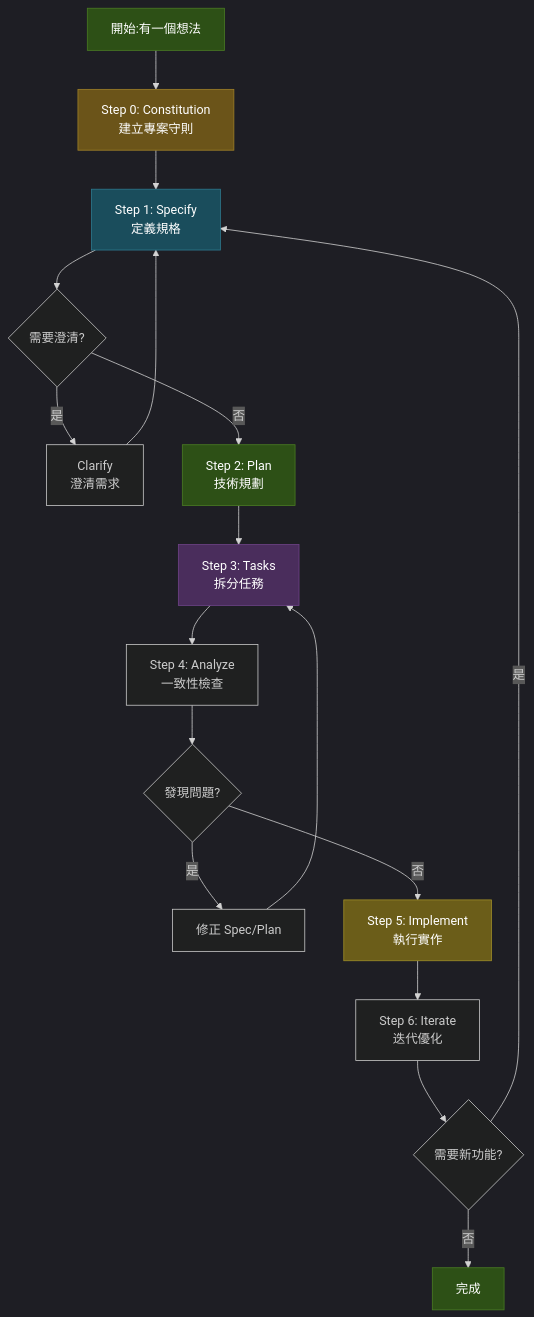
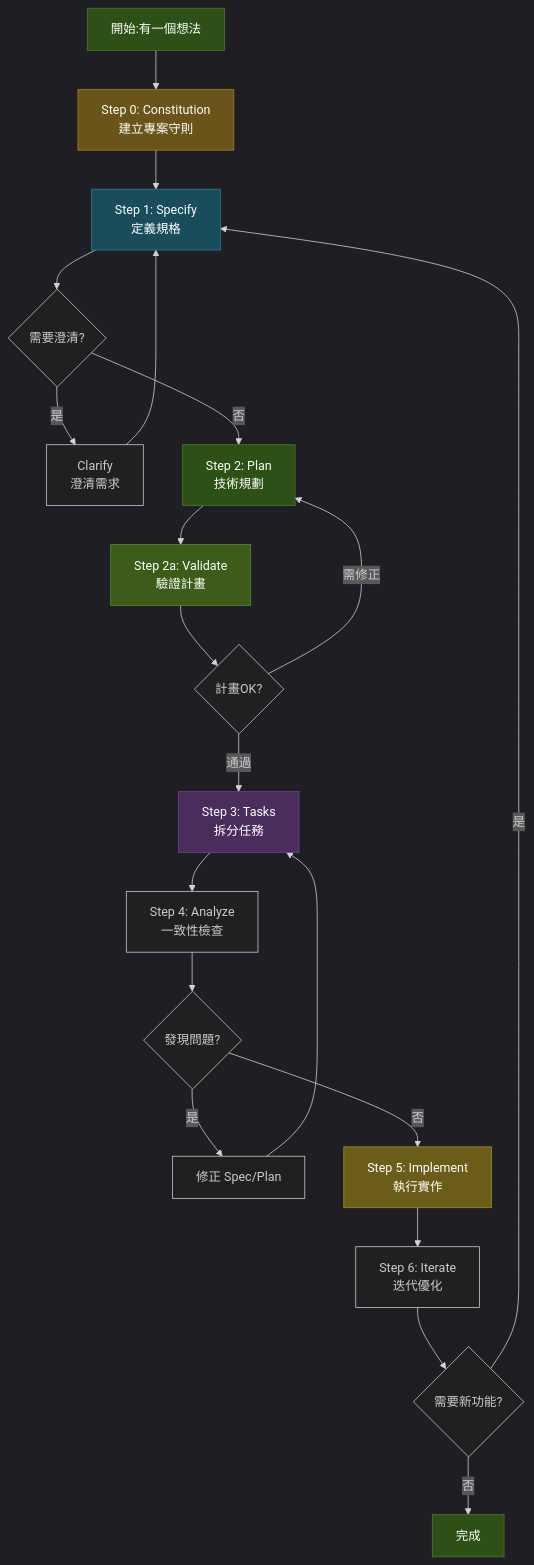
The fifth of 8 diagrams in content/posts/教學/AI開發/spec-kit使用教學.md (chihhung/Blog), drawn with Mermaid before and after one commit. The commit also changed other lines of this file, not shown here.

````diff
--- a/content/posts/教學/AI開發/spec-kit使用教學.md
+++ b/content/posts/教學/AI開發/spec-kit使用教學.md
@@ -658,28 +659,32 @@
 ```mermaid
 %%{init: {'theme':'dark'}}%%
 graph TB
     Start[開始:有一個想法] --> Step0[Step 0: Constitution<br/>建立專案守則]
     Step0 --> Step1[Step 1: Specify<br/>定義規格]
     Step1 --> Step1a{需要澄清?}
     Step1a -->|是| Clarify[Clarify<br/>澄清需求]
     Clarify --> Step1
     Step1a -->|否| Step2[Step 2: Plan<br/>技術規劃]
-    Step2 --> Step3[Step 3: Tasks<br/>拆分任務]
+    Step2 --> Step2a[Step 2a: Validate<br/>驗證計畫]
+    Step2a --> Step2b{計畫OK?}
+    Step2b -->|需修正| Step2
+    Step2b -->|通過| Step3[Step 3: Tasks<br/>拆分任務]
     Step3 --> Step4[Step 4: Analyze<br/>一致性檢查]
     Step4 --> Step4a{發現問題?}
     Step4a -->|是| Fix[修正 Spec/Plan]
     Fix --> Step3
     Step4a -->|否| Step5[Step 5: Implement<br/>執行實作]
     Step5 --> Step6[Step 6: Iterate<br/>迭代優化]
     Step6 --> Step6a{需要新功能?}
     Step6a -->|是| Step1
     Step6a -->|否| End[完成]
     
     style Start fill:#2d5016,stroke:#4a7c23,color:#fff
     style Step0 fill:#6b5419,stroke:#a08028,color:#fff
     style Step1 fill:#1a4d5c,stroke:#2d7a8f,color:#fff
     style Step2 fill:#2d5016,stroke:#4a7c23,color:#fff
+    style Step2a fill:#3d5c1a,stroke:#5a8c2d,color:#fff
     style Step3 fill:#4a2d5c,stroke:#6f4389,color:#fff
     style Step5 fill:#6b5d19,stroke:#a08f28,color:#fff
     style End fill:#2d5016,stroke:#4a7c23,color:#fff
 ```
````
